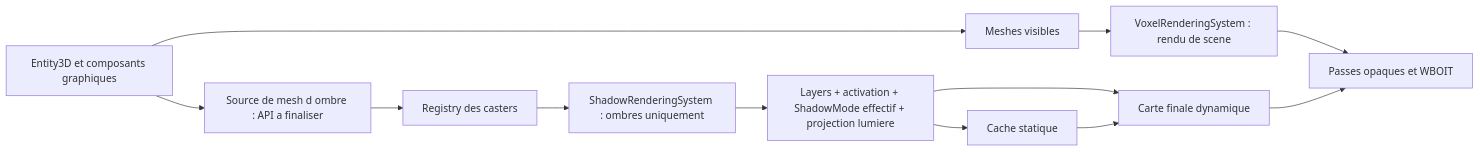
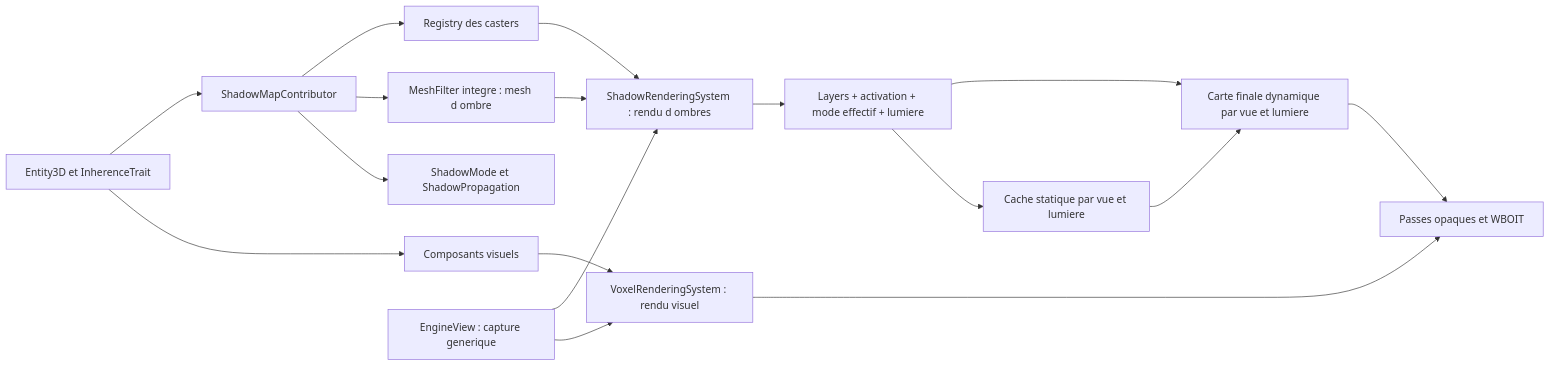
Before and after one commit to EreliaStudio/Sparkle: the sixth of 14 diagrams in docs/voxel-engine-v0.1.4-specification.md, drawn with Mermaid. The commit also changed other lines of this file, not shown here.

Commit message:
docs(v0.1.4): make ShadowMapContributor independent of EngineView Contributor and move shadow ownership to dedicated subsystem

````diff
--- a/docs/voxel-engine-v0.1.4-specification.md
+++ b/docs/voxel-engine-v0.1.4-specification.md
@@ -587,14 +596,19 @@
 ```mermaid
 flowchart LR
-  E["Entity3D et composants graphiques"] --> Visual["Meshes visibles"]
-  E --> ShadowComp["Source de mesh d ombre : API a finaliser"]
-  Visual --> Voxel["VoxelRenderingSystem : rendu de scene"]
+  Entity["Entity3D et InherenceTrait"] --> Visual["Composants visuels"]
+  Entity --> ShadowComp["ShadowMapContributor"]
+  ShadowComp --> ShadowMode["ShadowMode et ShadowPropagation"]
+  ShadowComp --> Filter["MeshFilter integre : mesh d ombre"]
+  Visual --> VR["VoxelRenderingSystem : rendu visuel"]
+  VR --> Scene["Passes opaques et WBOIT"]
   ShadowComp --> Registry["Registry des casters"]
-  Registry --> Shadow["ShadowRenderingSystem : ombres uniquement"]
-  Shadow --> Rules["Layers + activation + ShadowMode effectif + projection lumiere"]
-  Rules --> SM["Cache statique"]
-  Rules --> DM["Carte finale dynamique"]
-  Voxel --> Scene["Passes opaques et WBOIT"]
-  SM --> DM
-  DM --> Scene
+  Registry --> SR["ShadowRenderingSystem : rendu d ombres"]
+  SR --> Checks["Layers + activation + mode effectif + lumiere"]
+  Filter --> SR
+  Checks --> SM["Cache statique par vue et lumiere"]
+  Checks --> FM["Carte finale dynamique par vue et lumiere"]
+  SM --> FM
+  FM --> Scene
+  View["EngineView : capture generique"] --> VR
+  View --> SR
 ```
````
